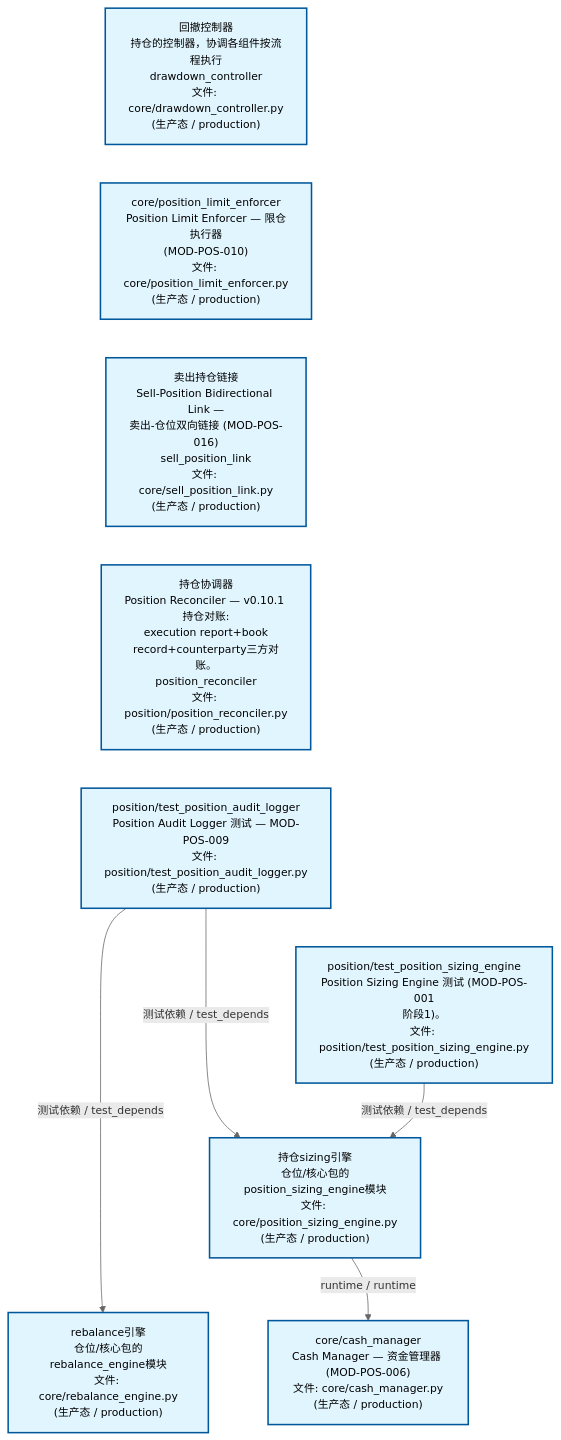
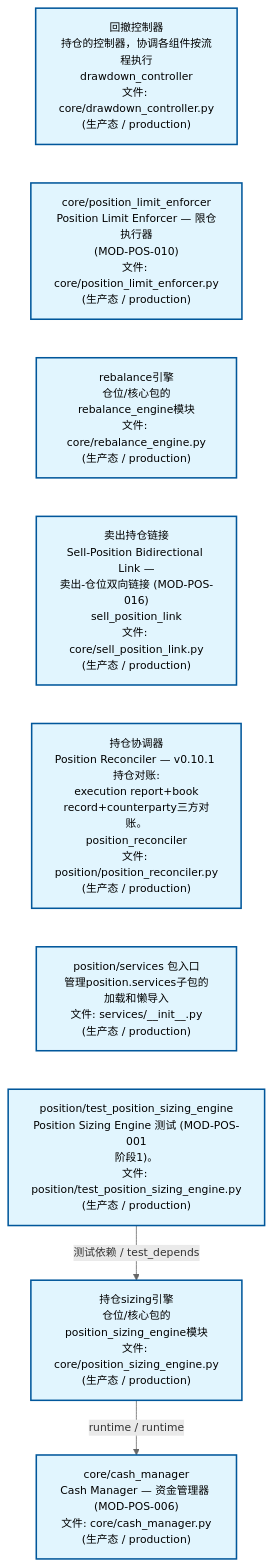
The second of 4 diagrams in docs/02_enterprise_architecture/02_domain_architecture_docs/64_d_position.md (xuanFelixVan/ZephyrAlpha), drawn with Mermaid before and after one commit. The commit also changed other lines of this file and 40 other files, not shown here.

````diff
--- a/docs/02_enterprise_architecture/02_domain_architecture_docs/64_d_position.md
+++ b/docs/02_enterprise_architecture/02_domain_architecture_docs/64_d_position.md
@@ -122,28 +117,26 @@
 ```mermaid
 %%{init: {'theme': 'base', 'themeVariables': {'primaryColor': '#eaeaea', 'primaryTextColor': '#333333', 'primaryBorderColor': '#666666', 'lineColor': '#666666', 'secondaryColor': '#eaeaea', 'tertiaryColor': '#eaeaea', 'fontSize': '14px'}}}%%
 flowchart TD
     src_zephyr_position_core_drawdown_controller_py["回撤控制器<br/>持仓的控制器，协调各组件按流程执行<br/>drawdown_controller<br/>文件: core/drawdown_controller.py<br/>(生产态 / production)"]
     src_zephyr_position_core_position_limit_enforcer_py["core/position_limit_enforcer<br/>Position Limit Enforcer — 限仓执行器<br/>(MOD-POS-010)<br/>文件: core/position_limit_enforcer.py<br/>(生产态 / production)"]
+    src_zephyr_position_core_rebalance_engine_py["rebalance引擎<br/>仓位/核心包的rebalance_engine模块<br/>文件: core/rebalance_engine.py<br/>(生产态 / production)"]
     src_zephyr_position_core_sell_position_link_py["卖出持仓链接<br/>Sell-Position Bidirectional Link —<br/>卖出-仓位双向链接 (MOD-POS-016)<br/>sell_position_link<br/>文件: core/sell_position_link.py<br/>(生产态 / production)"]
     src_zephyr_position_position_reconciler_py["持仓协调器<br/>Position Reconciler — v0.10.1 持仓对账:<br/>execution report+book<br/>record+counterparty三方对账。<br/>position_reconciler<br/>文件: position/position_reconciler.py<br/>(生产态 / production)"]
-    tests_position_test_position_audit_logger_py["position/test_position_audit_logger<br/>Position Audit Logger 测试 — MOD-POS-009<br/>文件: position/test_position_audit_logger.py<br/>(生产态 / production)"]
+    src_zephyr_position_services_init_py["position/services 包入口<br/>管理position.services子包的加载和懒导入<br/>文件: services/__init__.py<br/>(生产态 / production)"]
     tests_position_test_position_sizing_engine_py["position/test_position_sizing_engine<br/>Position Sizing Engine 测试 (MOD-POS-001<br/>阶段1)。<br/>文件: position/test_position_sizing_engine.py<br/>(生产态 / production)"]
     src_zephyr_position_core_drawdown_controller_py ~~~ src_zephyr_position_core_position_limit_enforcer_py
-    src_zephyr_position_core_position_limit_enforcer_py ~~~ src_zephyr_position_core_sell_position_link_py
+    src_zephyr_position_core_position_limit_enforcer_py ~~~ src_zephyr_position_core_rebalance_engine_py
+    src_zephyr_position_core_rebalance_engine_py ~~~ src_zephyr_position_core_sell_position_link_py
     src_zephyr_position_core_sell_position_link_py ~~~ src_zephyr_position_position_reconciler_py
-    src_zephyr_position_position_reconciler_py ~~~ tests_position_test_position_audit_logger_py
-    tests_position_test_position_audit_logger_py ~~~ tests_position_test_position_sizing_engine_py
+    src_zephyr_position_position_reconciler_py ~~~ src_zephyr_position_services_init_py
+    src_zephyr_position_services_init_py ~~~ tests_position_test_position_sizing_engine_py
     src_zephyr_position_core_position_sizing_engine_py["持仓sizing引擎<br/>仓位/核心包的position_sizing_engine模块<br/>文件: core/position_sizing_engine.py<br/>(生产态 / production)"]
-    src_zephyr_position_core_rebalance_engine_py["rebalance引擎<br/>仓位/核心包的rebalance_engine模块<br/>文件: core/rebalance_engine.py<br/>(生产态 / production)"]
-    src_zephyr_position_core_position_sizing_engine_py ~~~ src_zephyr_position_core_rebalance_engine_py
     src_zephyr_position_core_cash_manager_py["core/cash_manager<br/>Cash Manager — 资金管理器 (MOD-POS-006)<br/>文件: core/cash_manager.py<br/>(生产态 / production)"]
     src_zephyr_position_core_position_sizing_engine_py -->|runtime / runtime| src_zephyr_position_core_cash_manager_py
     tests_position_test_position_sizing_engine_py -->|测试依赖 / test_depends| src_zephyr_position_core_position_sizing_engine_py
-    tests_position_test_position_audit_logger_py -->|测试依赖 / test_depends| src_zephyr_position_core_position_sizing_engine_py
-    tests_position_test_position_audit_logger_py -->|测试依赖 / test_depends| src_zephyr_position_core_rebalance_engine_py
     classDef production fill:#e1f5fe,stroke:#01579b,stroke-width:2px,color:#000
     classDef design fill:#fff3e0,stroke:#e65100,stroke-width:2px,color:#000,stroke-dasharray: 5 5
     classDef external_prod fill:#e8f4fd,stroke:#0277bd,stroke-width:1px,color:#000
     classDef external_design fill:#fff8e7,stroke:#ef6c00,stroke-width:1px,color:#000,stroke-dasharray: 5 5
-    class src_zephyr_position_core_cash_manager_py,src_zephyr_position_core_drawdown_controller_py,src_zephyr_position_core_position_limit_enforcer_py,src_zephyr_position_core_position_sizing_engine_py,src_zephyr_position_core_rebalance_engine_py,src_zephyr_position_core_sell_position_link_py,src_zephyr_position_position_reconciler_py,tests_position_test_position_audit_logger_py,tests_position_test_position_sizing_engine_py production
+    class src_zephyr_position_core_cash_manager_py,src_zephyr_position_core_drawdown_controller_py,src_zephyr_position_core_position_limit_enforcer_py,src_zephyr_position_core_position_sizing_engine_py,src_zephyr_position_core_rebalance_engine_py,src_zephyr_position_core_sell_position_link_py,src_zephyr_position_position_reconciler_py,src_zephyr_position_services_init_py,tests_position_test_position_sizing_engine_py production
 ```
````
